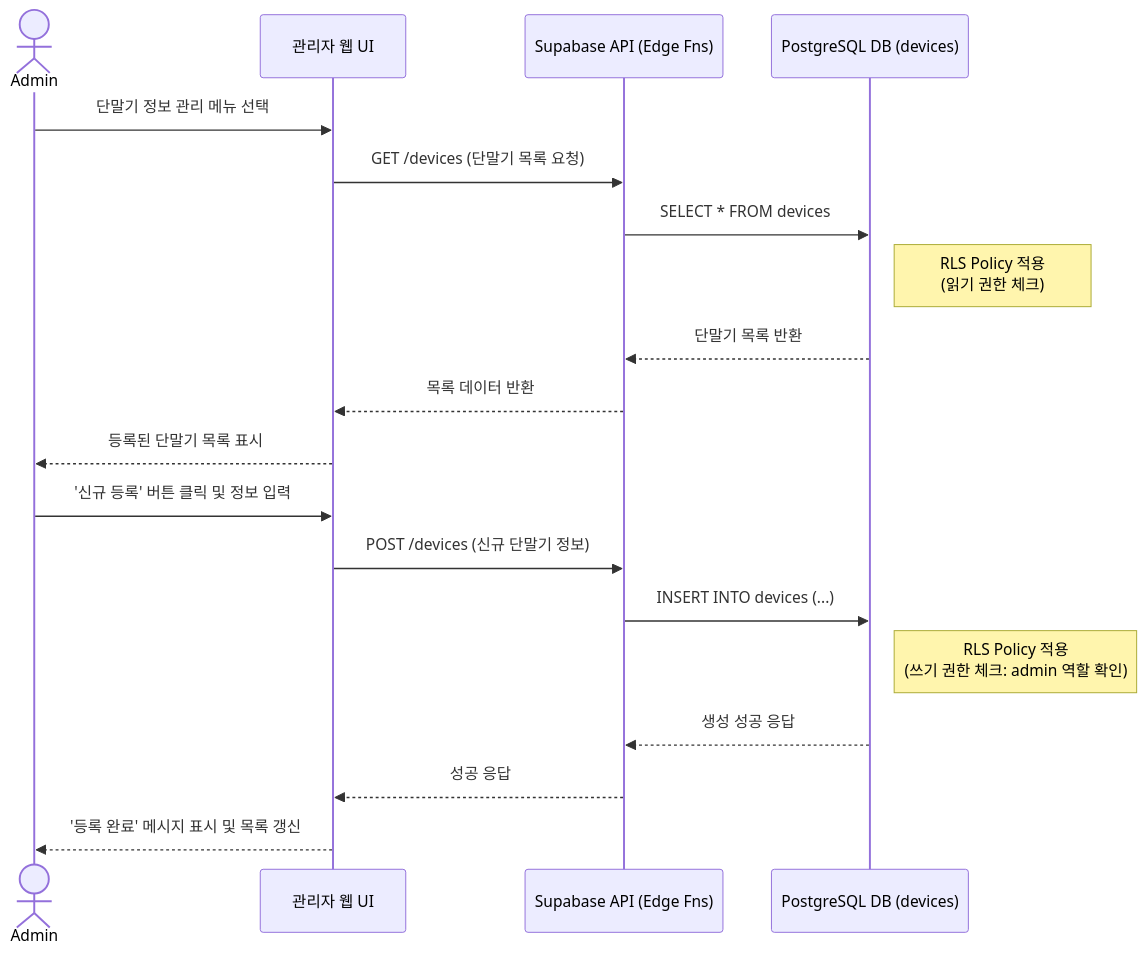
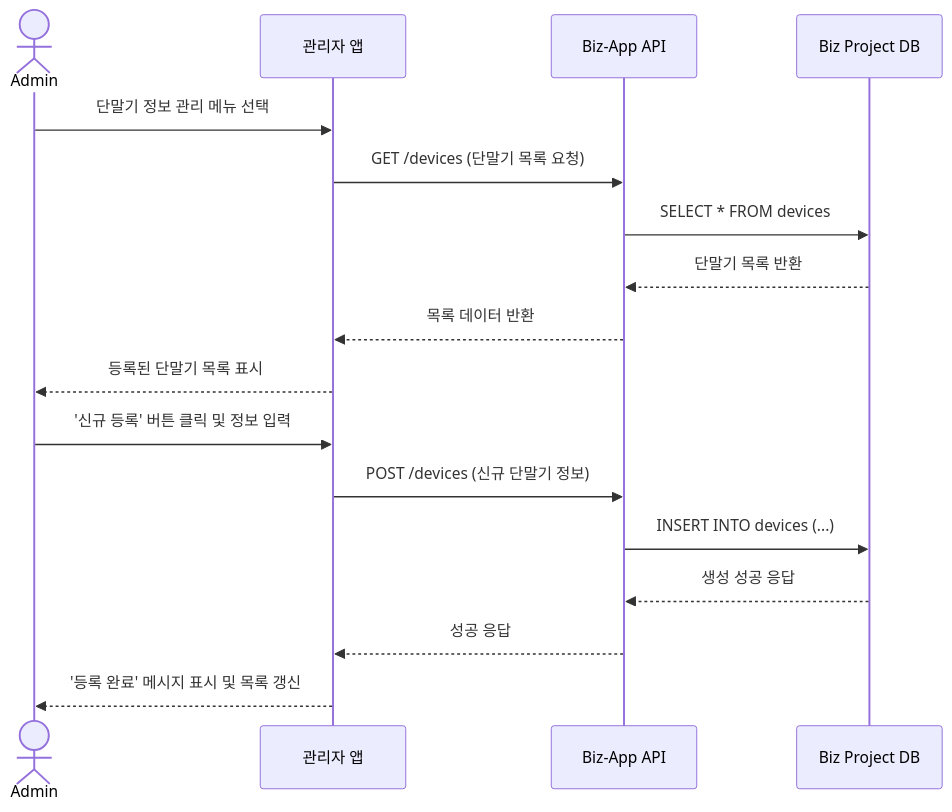
One commit to bbaggome/somang changed the diagram in somang_documents/somang_documents/기능/FE-ADM-040.md. Above: the diagram before and after it, drawn with Mermaid. The commit also changed other lines of this file and 309 other files, not shown here.

````diff
--- a/somang_documents/somang_documents/기능/FE-ADM-040.md
+++ b/somang_documents/somang_documents/기능/FE-ADM-040.md
@@ -21,23 +18,21 @@
 ```mermaid
 sequenceDiagram
     actor Admin
-    participant AdminUI as 관리자 웹 UI
-    participant SupabaseAPI as Supabase API (Edge Fns)
-    participant DB as PostgreSQL DB (devices)
+    participant AdminApp as 관리자 앱
+    participant BizAPI as Biz-App API
+    participant BizDB as Biz Project DB
 
-    Admin->>AdminUI: 단말기 정보 관리 메뉴 선택
-    AdminUI->>SupabaseAPI: GET /devices (단말기 목록 요청)
-    SupabaseAPI->>DB: SELECT * FROM devices;
-    Note right of DB: RLS Policy 적용<br/>(읽기 권한 체크)
-    DB-->>SupabaseAPI: 단말기 목록 반환
-    SupabaseAPI-->>AdminUI: 목록 데이터 반환
-    AdminUI-->>Admin: 등록된 단말기 목록 표시
+    Admin->>AdminApp: 단말기 정보 관리 메뉴 선택
+    AdminApp->>BizAPI: GET /devices (단말기 목록 요청)
+    BizAPI->>BizDB: SELECT * FROM devices;
+    BizDB-->>BizAPI: 단말기 목록 반환
+    BizAPI-->>AdminApp: 목록 데이터 반환
+    AdminApp-->>Admin: 등록된 단말기 목록 표시
 
-    Admin->>AdminUI: '신규 등록' 버튼 클릭 및 정보 입력
-    AdminUI->>SupabaseAPI: POST /devices (신규 단말기 정보)
-    SupabaseAPI->>DB: INSERT INTO devices (...);
-    Note right of DB: RLS Policy 적용<br/>(쓰기 권한 체크: admin 역할 확인)
-    DB-->>SupabaseAPI: 생성 성공 응답
-    SupabaseAPI-->>AdminUI: 성공 응답
-    AdminUI-->>Admin: '등록 완료' 메시지 표시 및 목록 갱신
+    Admin->>AdminApp: '신규 등록' 버튼 클릭 및 정보 입력
+    AdminApp->>BizAPI: POST /devices (신규 단말기 정보)
+    BizAPI->>BizDB: INSERT INTO devices (...);
+    BizDB-->>BizAPI: 생성 성공 응답
+    BizAPI-->>AdminApp: 성공 응답
+    AdminApp-->>Admin: '등록 완료' 메시지 표시 및 목록 갱신
 ```
````
